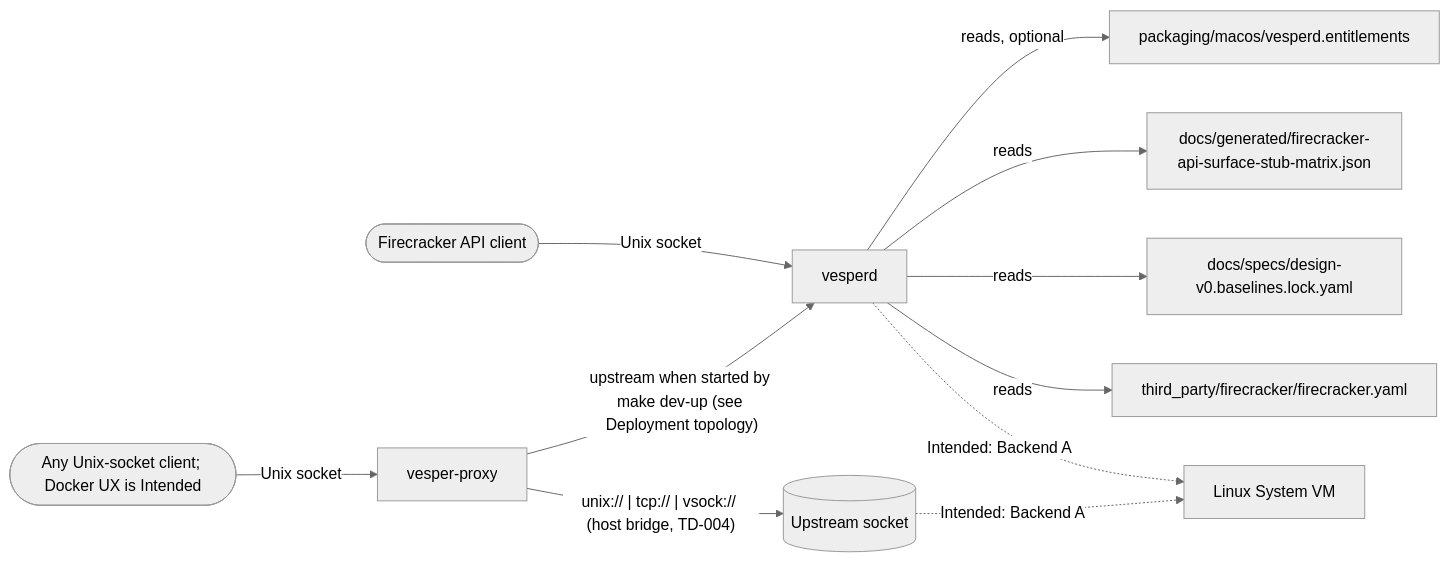
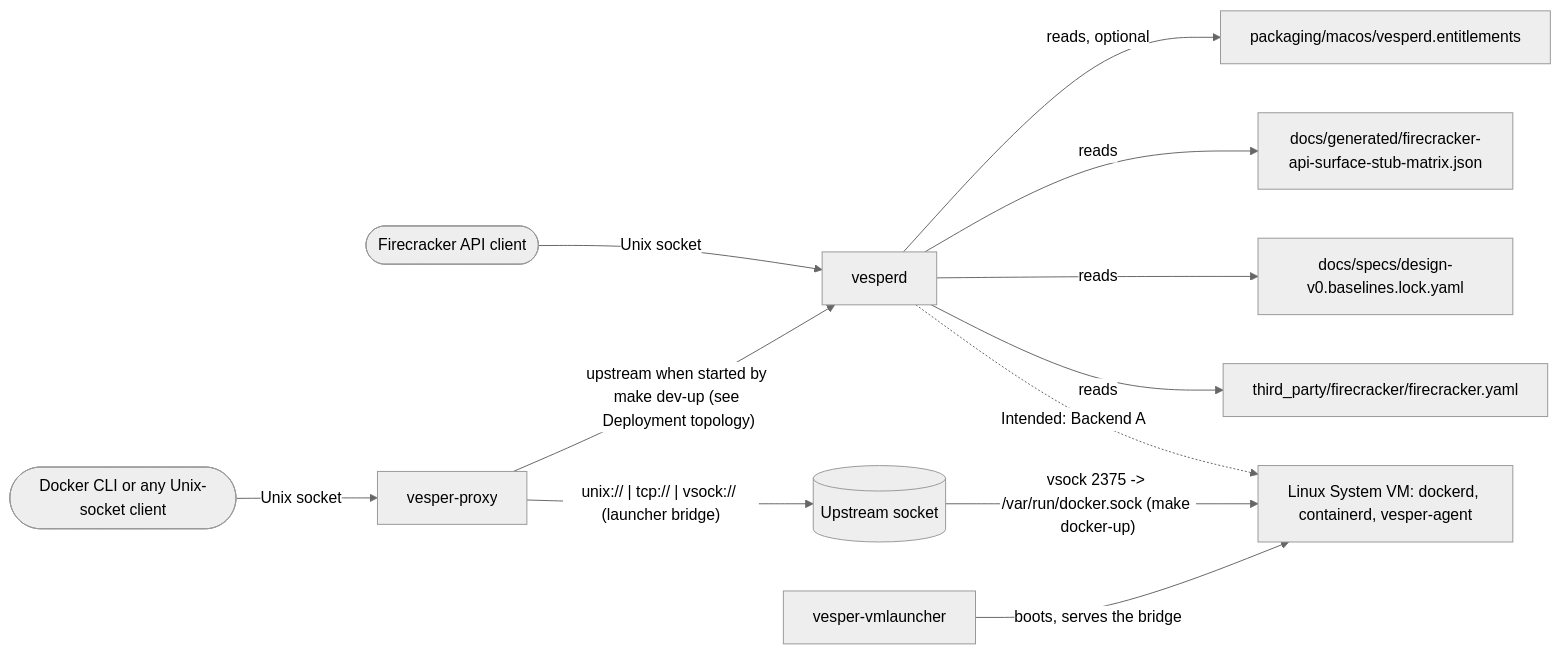
One commit to cityhunteur/vesper changed the first of 3 diagrams in ARCHITECTURE.md. Above: the diagram before and after it, drawn with Mermaid (neutral theme). The commit also changed other lines of this file and 23 other files, not shown here.

First line of the commit message:
feat(proxy): Docker-compatible socket through vesper-proxy to the System VM (#15) (#125)

````diff
--- a/ARCHITECTURE.md
+++ b/ARCHITECTURE.md
@@ -52,13 +52,14 @@
 ```mermaid
 flowchart LR
   client([Firecracker API client]) -- Unix socket --> vesperd[vesperd]
-  docker([Any Unix-socket client; Docker UX is Intended]) -- Unix socket --> proxy[vesper-proxy]
-  proxy -- "unix:// | tcp:// | vsock:// (host bridge, TD-004)" --> upstream[(Upstream socket)]
+  docker([Docker CLI or any Unix-socket client]) -- Unix socket --> proxy[vesper-proxy]
+  proxy -- "unix:// | tcp:// | vsock:// (launcher bridge)" --> upstream[(Upstream socket)]
   proxy -- "upstream when started by make dev-up (see Deployment topology)" --> vesperd
-  upstream -. Intended: Backend A .-> sysvm[Linux System VM]
+  upstream -- "vsock 2375 -> /var/run/docker.sock (make docker-up)" --> sysvm[Linux System VM: dockerd, containerd, vesper-agent]
+  launcher[vesper-vmlauncher] -- boots, serves the bridge --> sysvm
   vesperd -. Intended: Backend A .-> sysvm
   vesperd -- reads --> spec[third_party/firecracker/firecracker.yaml]
   vesperd -- reads --> lock[docs/specs/design-v0.baselines.lock.yaml]
   vesperd -- reads --> matrix[docs/generated/firecracker-api-surface-stub-matrix.json]
   vesperd -- "reads, optional" --> ent[packaging/macos/vesperd.entitlements]
 ```
````
